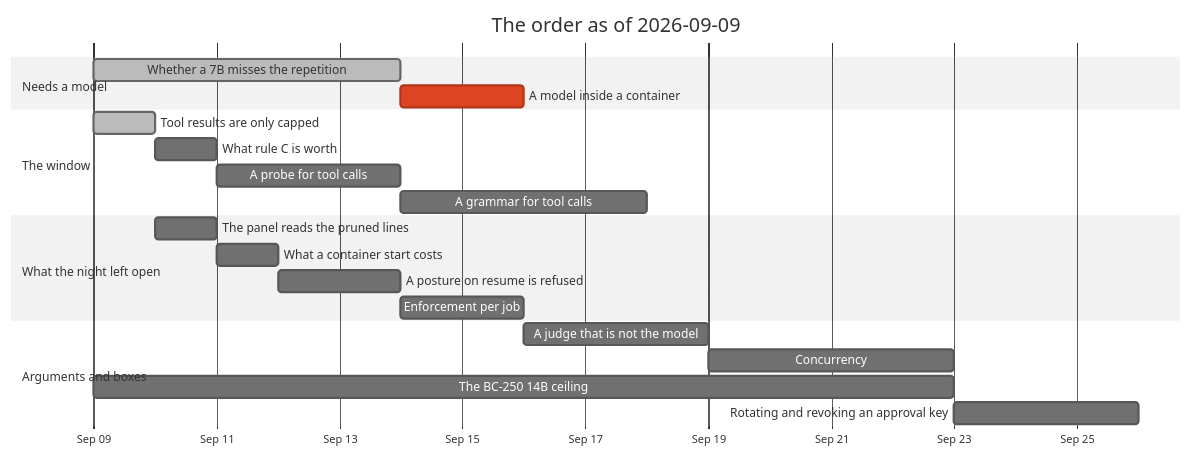
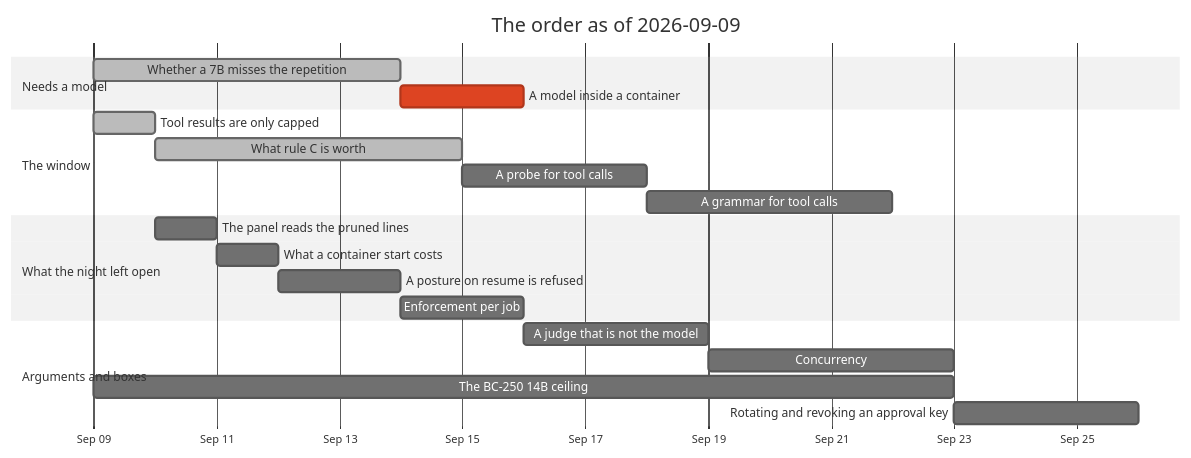
Before and after one commit to jgermade/luu: the diagram in ROADMAP/2026-09-09/README.md, drawn with Mermaid (neutral theme). The commit also changed other lines of this file and 7 other files, not shown here.

First line of the commit message:
What rule C is worth: measured, and rule B was doing nothing

````diff
--- a/ROADMAP/2026-09-09/README.md
+++ b/ROADMAP/2026-09-09/README.md
@@ -85,24 +85,24 @@
 ```mermaid
 gantt
     title The order as of 2026-09-09
     dateFormat YYYY-MM-DD
     axisFormat %b %d
     section Needs a model
     Whether a 7B misses the repetition     :done, rep, 2026-09-09, 5d
     A model inside a container             :crit, ctr, after rep, 2d
     section The window
     Tool results are only capped           :done, steps, 2026-09-09, 1d
-    What rule C is worth                   :worth, after steps, 1d
+    What rule C is worth                   :done, worth, after steps, 5d
     A probe for tool calls                 :probe, after worth, 3d
     A grammar for tool calls               :gbnf, after probe, 4d
     section What the night left open
     The panel reads the pruned lines       :trace, after steps, 1d
     What a container start costs           :cost, after trace, 1d
     A posture on resume is refused         :posture, after cost, 2d
     Enforcement per job                    :enf, after posture, 2d
     section Arguments and boxes
     A judge that is not the model          :judge, after enf, 3d
     Concurrency                            :conc, after judge, 4d
     The BC-250 14B ceiling                 :bc250, 2026-09-09, 14d
     Rotating and revoking an approval key  :keys, after conc, 3d
 ```
````
